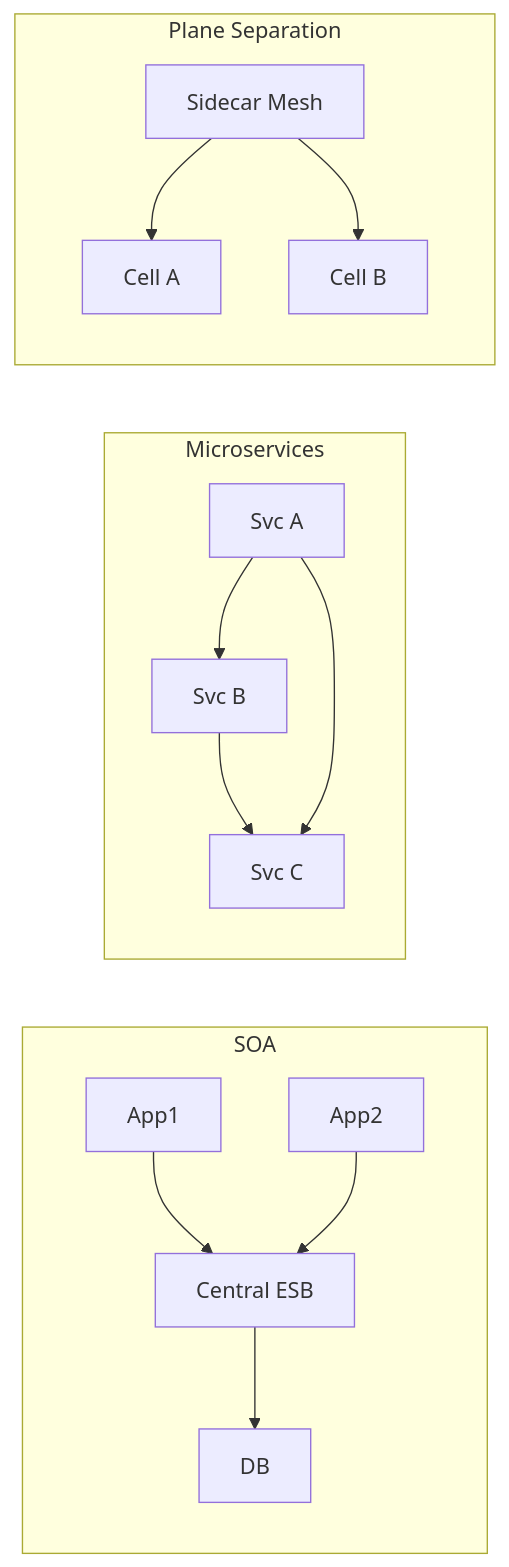
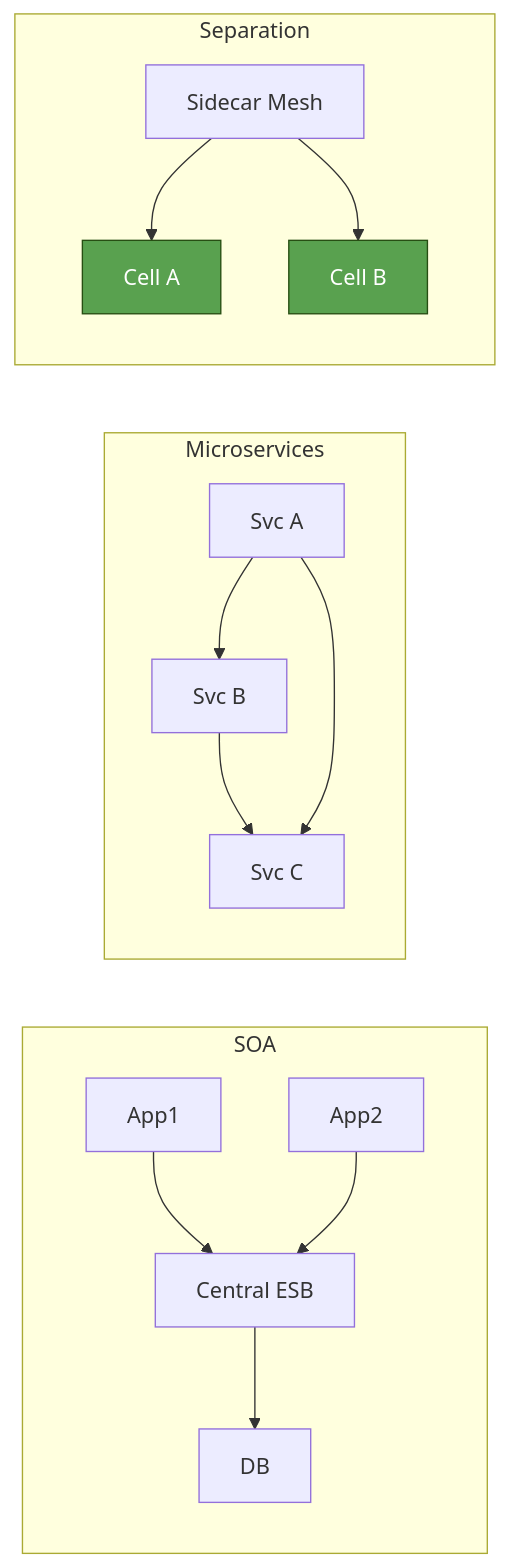
The eighth of 8 diagrams in src/app/[locale]/research/papers/scholarly-article/SCHOLARLY-ARTICLE-ENTERPRISE-ARCHITECTURE.md (gchaitanyabharath9/omnigcloud), drawn with Mermaid before and after one commit. The commit also changed other lines of this file and 40 other files, not shown here.

````diff
--- a/src/app/[locale]/research/papers/scholarly-article/SCHOLARLY-ARTICLE-ENTERPRISE-ARCHITECTURE.md
+++ b/src/app/[locale]/research/papers/scholarly-article/SCHOLARLY-ARTICLE-ENTERPRISE-ARCHITECTURE.md
@@ -455,23 +514,29 @@
 ```mermaid
 graph LR
-    subgraph "SOA"
-        App1 --> ESB[Central ESB]
-        App2 --> ESB
-        ESB --> DB
+    classDef Control fill:#4E79A7,stroke:#2C3E50,color:#fff;
+    classDef Data fill:#59A14F,stroke:#274E13,color:#fff;
+    classDef Policy fill:#9C6ADE,stroke:#4B0082,color:#fff;
+    classDef Obs fill:#F28E2B,stroke:#8B4513,color:#fff;
+    classDef Risk fill:#E15759,stroke:#7B241C,color:#fff;
+    classDef State fill:#76B7B2,stroke:#0E6251,color:#fff;
+    classDef Actor fill:#BAB0AC,stroke:#515A5A,color:#000;
+    subgraph SOA
+    App1 --> ESB["Central ESB"]
+    App2 --> ESB
+    ESB --> DB
     end
-    
-    subgraph "Microservices"
-        M1[Svc A] --> M2[Svc B]
-        M2 --> M3[Svc C]
-        M1 --> M3
+    subgraph Microservices
+    M1["Svc A"] --> M2["Svc B"]
+    M2 --> M3["Svc C"]
+    M1 --> M3
     end
-    
-    subgraph "Plane Separation"
-        Mesh[Sidecar Mesh]
-        Svc1[Cell A]
-        Svc2[Cell B]
-        
-        Mesh --> Svc1
-        Mesh --> Svc2
+    subgraph Plane ["Separation"]
+    Mesh["Sidecar Mesh"]
+    Svc1["Cell A"]
+    Svc2["Cell B"]
+    Mesh --> Svc1
+    Mesh --> Svc2
     end
+    class Svc1 Data;
+    class Svc2 Data;
 ```
````
